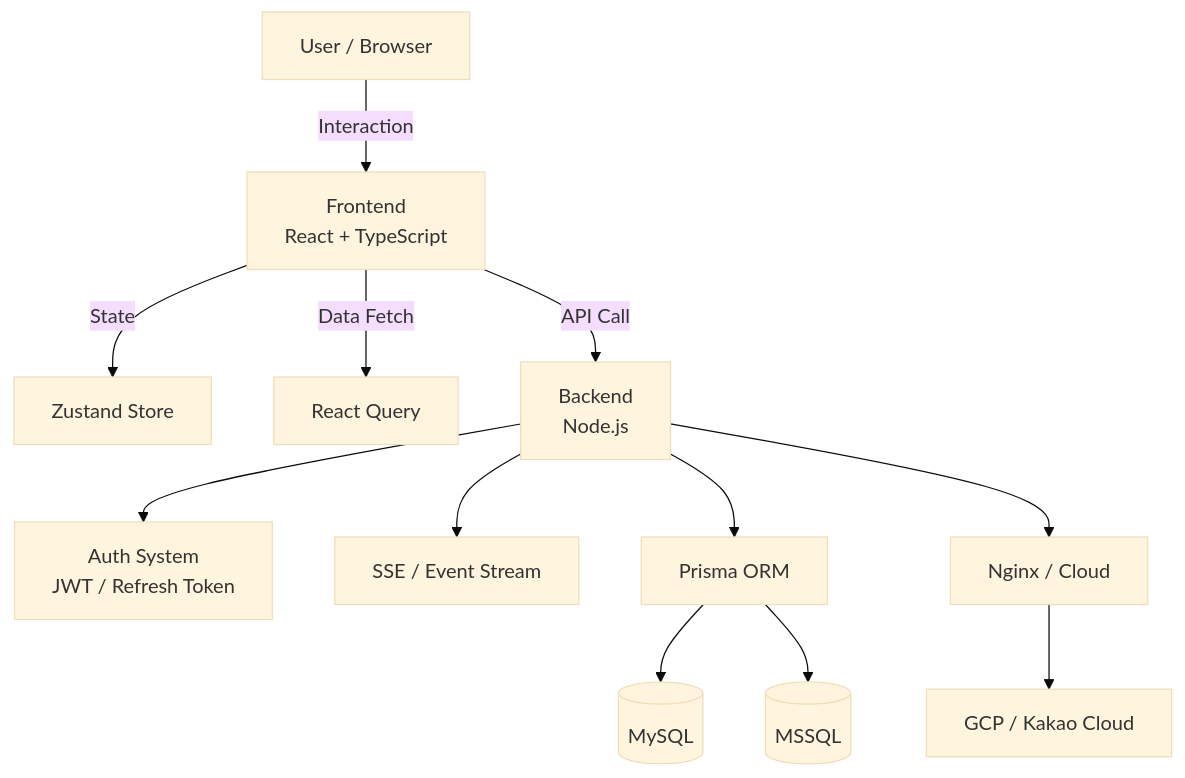
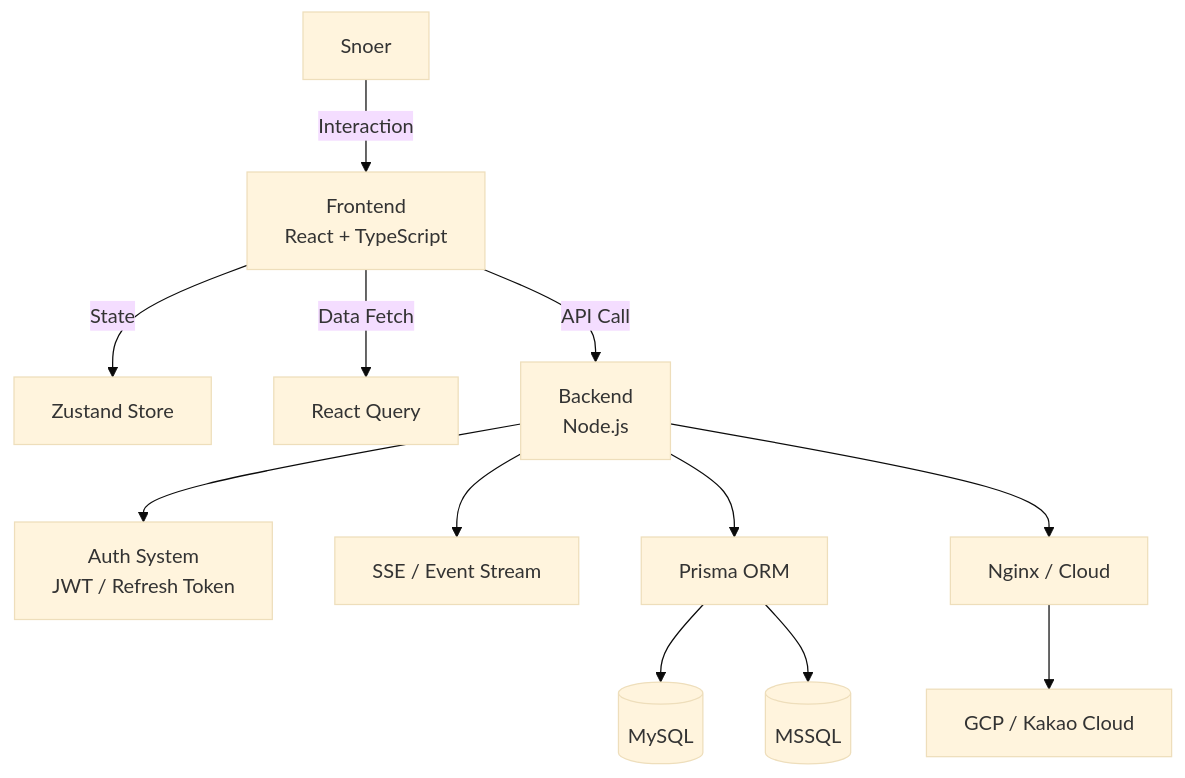
The second of 2 diagrams in README.md (SnowsFE/SnowsFE), drawn with Mermaid (base theme) before and after one commit. The commit also changed other lines of this file, not shown here.

````diff
--- a/README.md
+++ b/README.md
@@ -270,22 +270,22 @@
 ```mermaid
 graph TD
-    User[User / Browser]
+    User[Snoer]
 
     User -->|Interaction| FE[Frontend<br/>React + TypeScript]
 
     FE -->|State| Zustand[Zustand Store]
     FE -->|Data Fetch| RQ[React Query]
 
     FE -->|API Call| BE[Backend<br/>Node.js]
 
     BE --> Auth[Auth System<br/>JWT / Refresh Token]
     BE --> Realtime[SSE / Event Stream]
     BE --> ORM[Prisma ORM]
 
     ORM --> DB1[(MySQL)]
     ORM --> DB2[(MSSQL)]
 
     BE --> Infra[Nginx / Cloud]
 
     Infra --> Deploy[GCP / Kakao Cloud]
 ```
````
